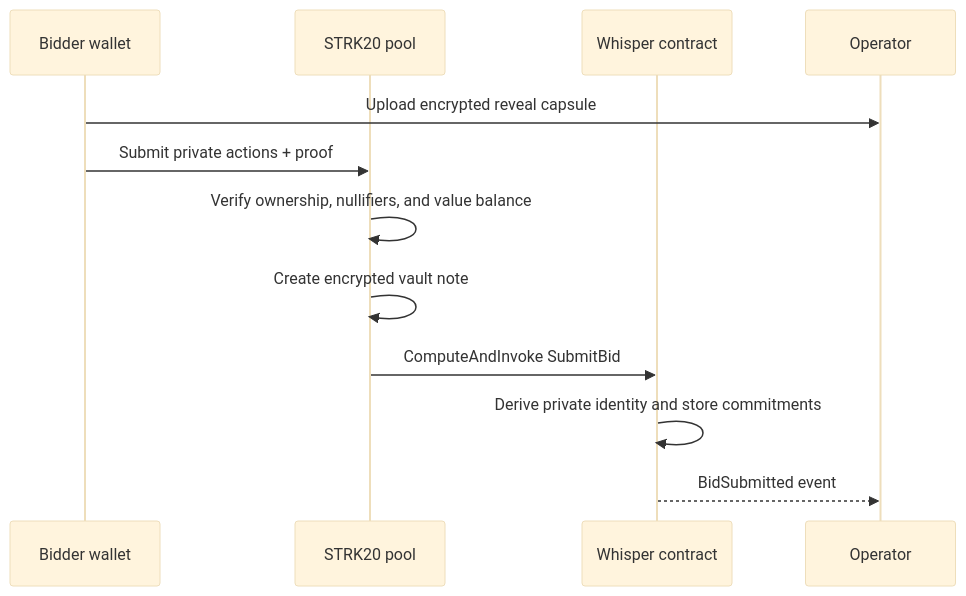
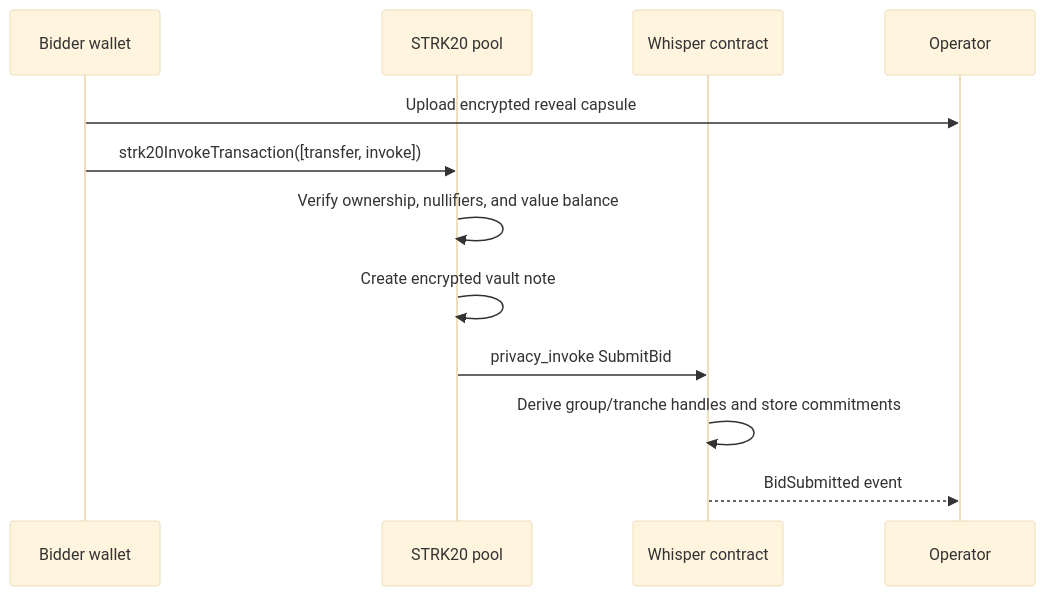
Before and after one commit to broody/whisper: the second of 3 diagrams in docs/src/pages/how-whisper-works.mdx, drawn with Mermaid (base theme). The commit also changed other lines of this file and 30 other files, not shown here.

Commit message:
feat: add wallet-compatible private bid tranches

````diff
--- a/docs/src/pages/how-whisper-works.mdx
+++ b/docs/src/pages/how-whisper-works.mdx
@@ -131,15 +132,15 @@
 ```mermaid
 sequenceDiagram
   participant B as Bidder wallet
   participant P as STRK20 pool
   participant W as Whisper contract
   participant O as Operator
 
   B->>O: Upload encrypted reveal capsule
-  B->>P: Submit private actions + proof
+  B->>P: strk20InvokeTransaction([transfer, invoke])
   P->>P: Verify ownership, nullifiers, and value balance
   P->>P: Create encrypted vault note
-  P->>W: ComputeAndInvoke SubmitBid
-  W->>W: Derive private identity and store commitments
+  P->>W: privacy_invoke SubmitBid
+  W->>W: Derive group/tranche handles and store commitments
   W-->>O: BidSubmitted event
 ```
````
